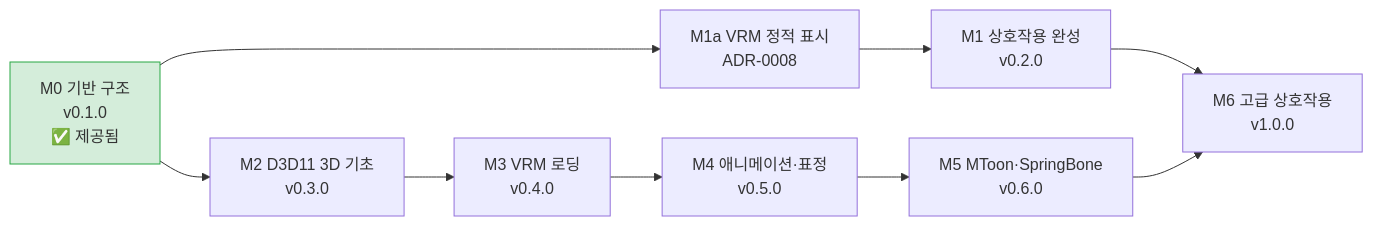
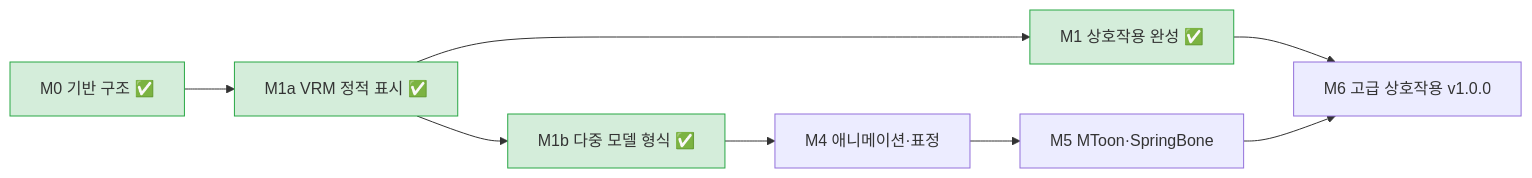
The diagram in docs/06-roadmap/ROADMAP.md (ChoHye0N/TinyDeskPet), drawn with Mermaid before and after one commit. The commit also changed other lines of this file and 14 other files, not shown here.

````diff
--- a/docs/06-roadmap/ROADMAP.md
+++ b/docs/06-roadmap/ROADMAP.md
@@ -12,12 +14,14 @@
 ```mermaid
 flowchart LR
-    M0["M0 기반 구조<br/>v0.1.0<br/>✅ 제공됨"] --> M1a["M1a VRM 정적 표시<br/>ADR-0008"]
-    M1a --> M1["M1 상호작용 완성<br/>v0.2.0"]
-    M0 --> M2["M2 D3D11 3D 기초<br/>v0.3.0"]
-    M2 --> M3["M3 VRM 로딩<br/>v0.4.0"]
-    M3 --> M4["M4 애니메이션·표정<br/>v0.5.0"]
-    M4 --> M5["M5 MToon·SpringBone<br/>v0.6.0"]
-    M1 --> M6["M6 고급 상호작용<br/>v1.0.0"]
+    M0["M0 기반 구조 ✅"] --> M1a["M1a VRM 정적 표시 ✅"]
+    M1a --> M1b["M1b 다중 모델 형식 ✅"]
+    M1a --> M1["M1 상호작용 완성 ✅"]
+    M1b --> M4["M4 애니메이션·표정"]
+    M4 --> M5["M5 MToon·SpringBone"]
+    M1 --> M6["M6 고급 상호작용 v1.0.0"]
     M5 --> M6
     style M0 fill:#d4edda,stroke:#28a745
+    style M1a fill:#d4edda,stroke:#28a745
+    style M1b fill:#d4edda,stroke:#28a745
+    style M1 fill:#d4edda,stroke:#28a745
 ```
````
